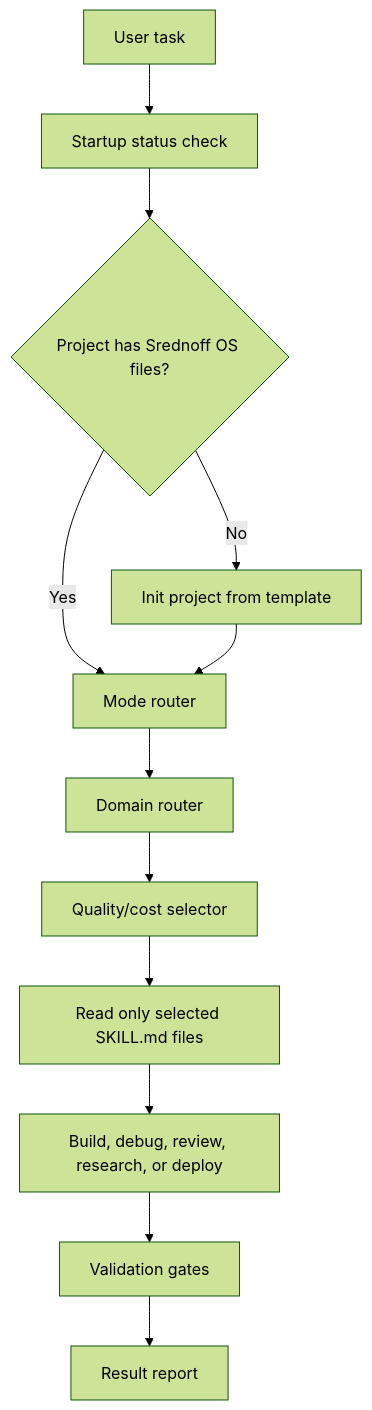
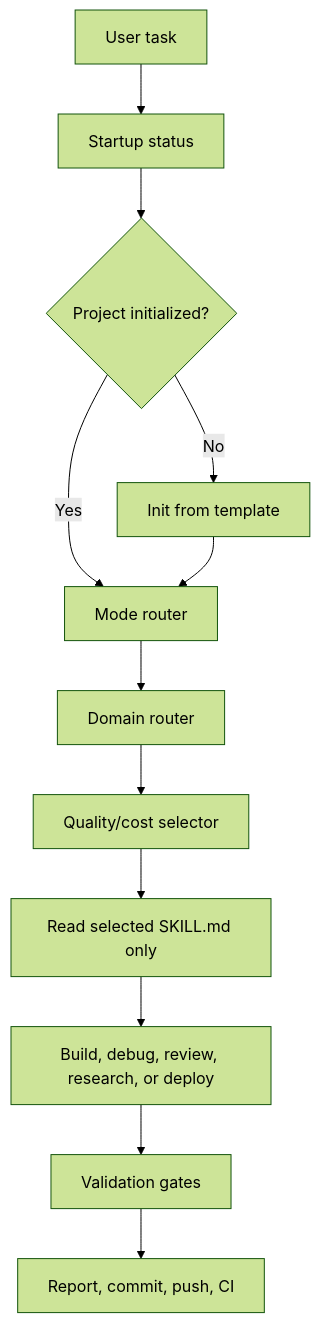
The first of 3 diagrams in README.md (srednoff888-art/srednoff-os), drawn with Mermaid (forest theme) before and after one commit. The commit also changed other lines of this file and 7 other files, not shown here.

````diff
--- a/README.md
+++ b/README.md
@@ -103,14 +90,14 @@
 ```mermaid
 flowchart TD
-    A["User task"] --> B["Startup status check"]
-    B --> C{"Project has Srednoff OS files?"}
-    C -- "No" --> D["Init project from template"]
+    A["User task"] --> B["Startup status"]
+    B --> C{"Project initialized?"}
+    C -- "No" --> D["Init from template"]
     C -- "Yes" --> E["Mode router"]
     D --> E
     E --> F["Domain router"]
     F --> G["Quality/cost selector"]
-    G --> H["Read only selected SKILL.md files"]
+    G --> H["Read selected SKILL.md only"]
     H --> I["Build, debug, review, research, or deploy"]
     I --> J["Validation gates"]
-    J --> K["Result report"]
+    J --> K["Report, commit, push, CI"]
 ```
````
